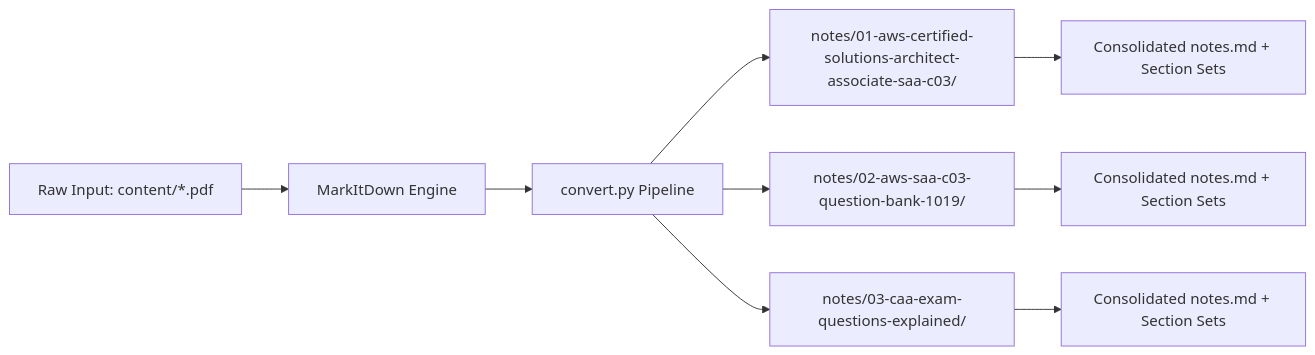
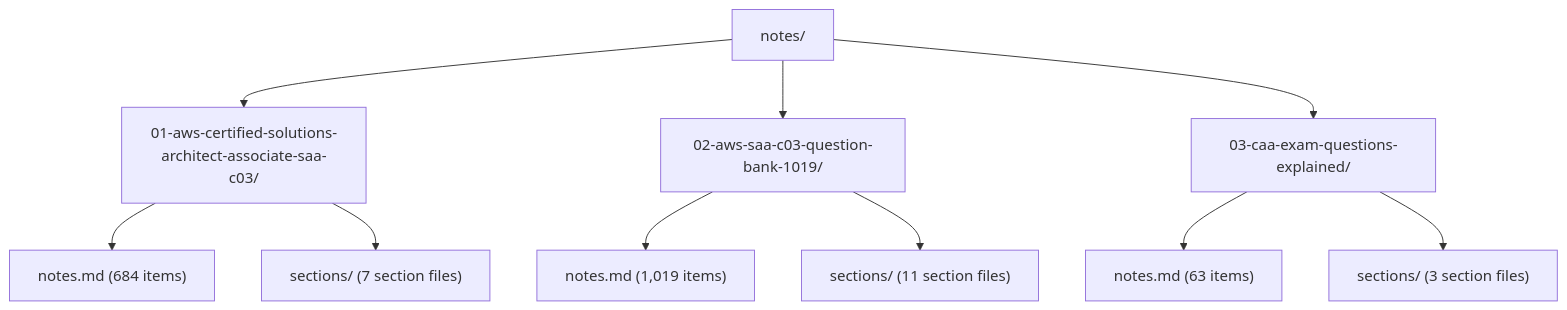
One commit to AtaCanYmc/AWS-SAA-C03-Study-Notes changed the diagram in README.md. Above: the diagram before and after it, drawn with Mermaid. The commit also changed other lines of this file and 28 other files, not shown here.

Commit message:
docs: update README with enhanced descriptions and structure for AWS SAA-C03 resources

````diff
--- a/README.md
+++ b/README.md
@@ -35,11 +39,15 @@
 ```mermaid
-flowchart LR
-    A["Raw Input: content/*.pdf"] --> B["MarkItDown Engine"]
-    B --> C["convert.py Pipeline"]
-    C --> D["notes/01-aws-certified-solutions-architect-associate-saa-c03/"]
-    C --> E["notes/02-aws-saa-c03-question-bank-1019/"]
-    C --> F["notes/03-caa-exam-questions-explained/"]
-    D --> D1["Consolidated notes.md + Section Sets"]
-    E --> E1["Consolidated notes.md + Section Sets"]
-    F --> F1["Consolidated notes.md + Section Sets"]
+flowchart TD
+    Root["notes/"] --> M1["01-aws-certified-solutions-architect-associate-saa-c03/"]
+    Root --> M2["02-aws-saa-c03-question-bank-1019/"]
+    Root --> M3["03-caa-exam-questions-explained/"]
+
+    M1 --> M1_Full["notes.md (684 items)"]
+    M1 --> M1_Sec["sections/ (7 section files)"]
+
+    M2 --> M2_Full["notes.md (1,019 items)"]
+    M2 --> M2_Sec["sections/ (11 section files)"]
+
+    M3 --> M3_Full["notes.md (63 items)"]
+    M3 --> M3_Sec["sections/ (3 section files)"]
 ```
````
